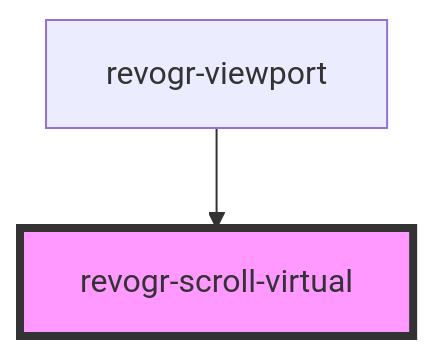
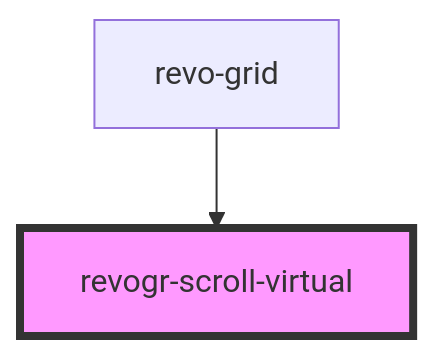
The diagram in src/components/scrollable/readme.md (revolist/revogrid), drawn with Mermaid before and after one commit. The commit also changed other lines of this file and 41 other files, not shown here.

````diff
--- a/src/components/scrollable/readme.md
+++ b/src/components/scrollable/readme.md
@@ -52,5 +52,5 @@
 ```mermaid
 graph TD;
-  revogr-viewport --> revogr-scroll-virtual
+  revo-grid --> revogr-scroll-virtual
   style revogr-scroll-virtual fill:#f9f,stroke:#333,stroke-width:4px
 ```
````
